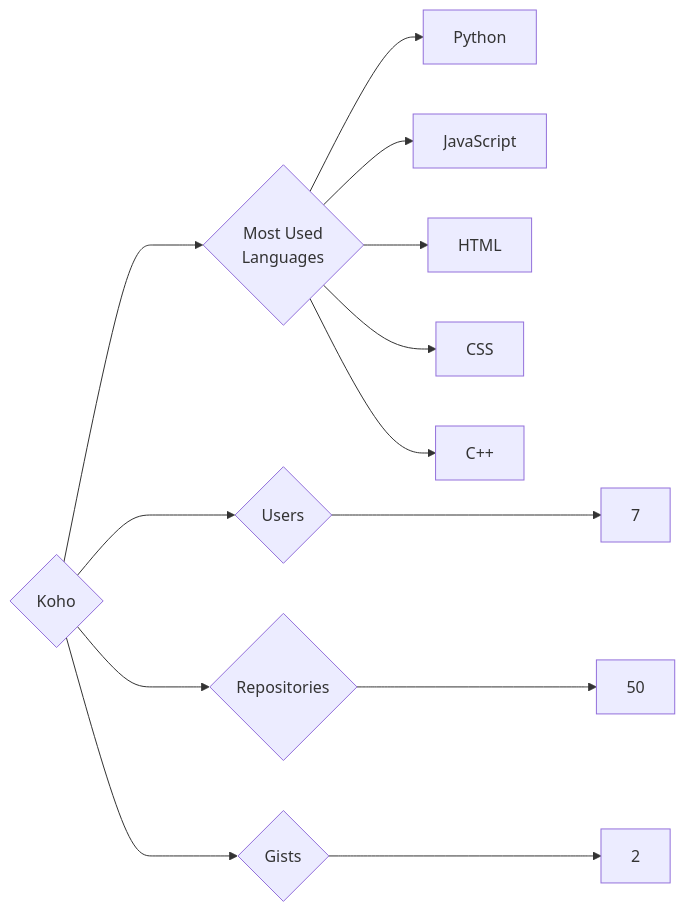
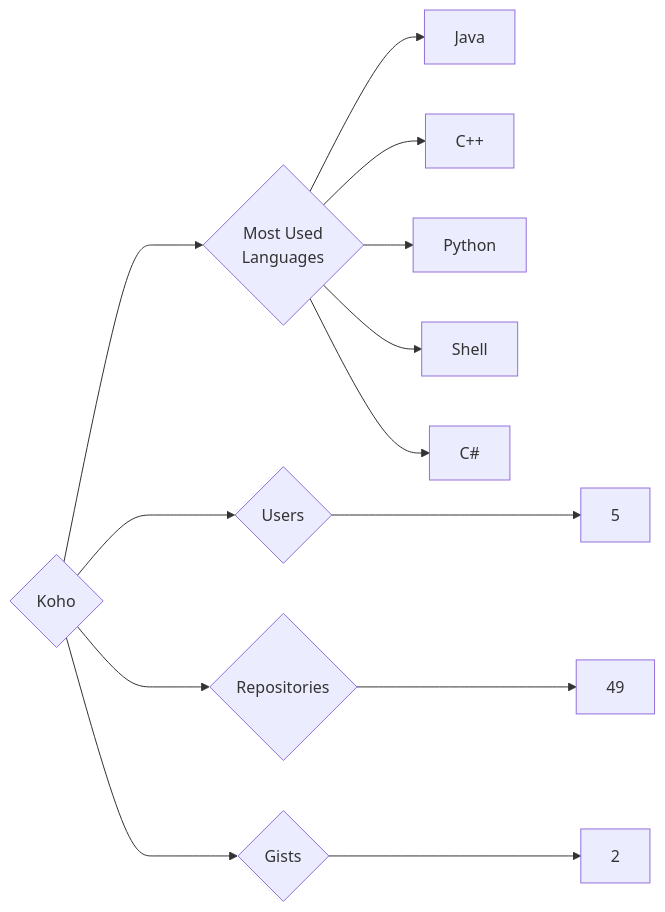
Before and after one commit to trickest/insiders: the diagram in targets/Koho/README.md, drawn with Mermaid. The commit also changed 953 other files, not shown here.

````diff
--- a/targets/Koho/README.md
+++ b/targets/Koho/README.md
@@ -3,13 +3,13 @@
 ```mermaid
 graph LR
 COMPANY_NAME{Koho}
-COMPANY_NAME ---> U{Users} ---> UN[7]
-COMPANY_NAME ---> R{Repositories} ---> RN[50]
+COMPANY_NAME ---> U{Users} ---> UN[5]
+COMPANY_NAME ---> R{Repositories} ---> RN[49]
 COMPANY_NAME ---> G{Gists} ---> GN[2]
 COMPANY_NAME ---> ML{Most Used<br>Languages}
+ML --> Java[Java]
+ML --> C++[C++]
 ML --> Python[Python]
-ML --> JavaScript[JavaScript]
-ML --> HTML[HTML]
-ML --> CSS[CSS]
-ML --> C++[C++]
+ML --> Shell[Shell]
+ML --> C#[C#]
 ```
````
